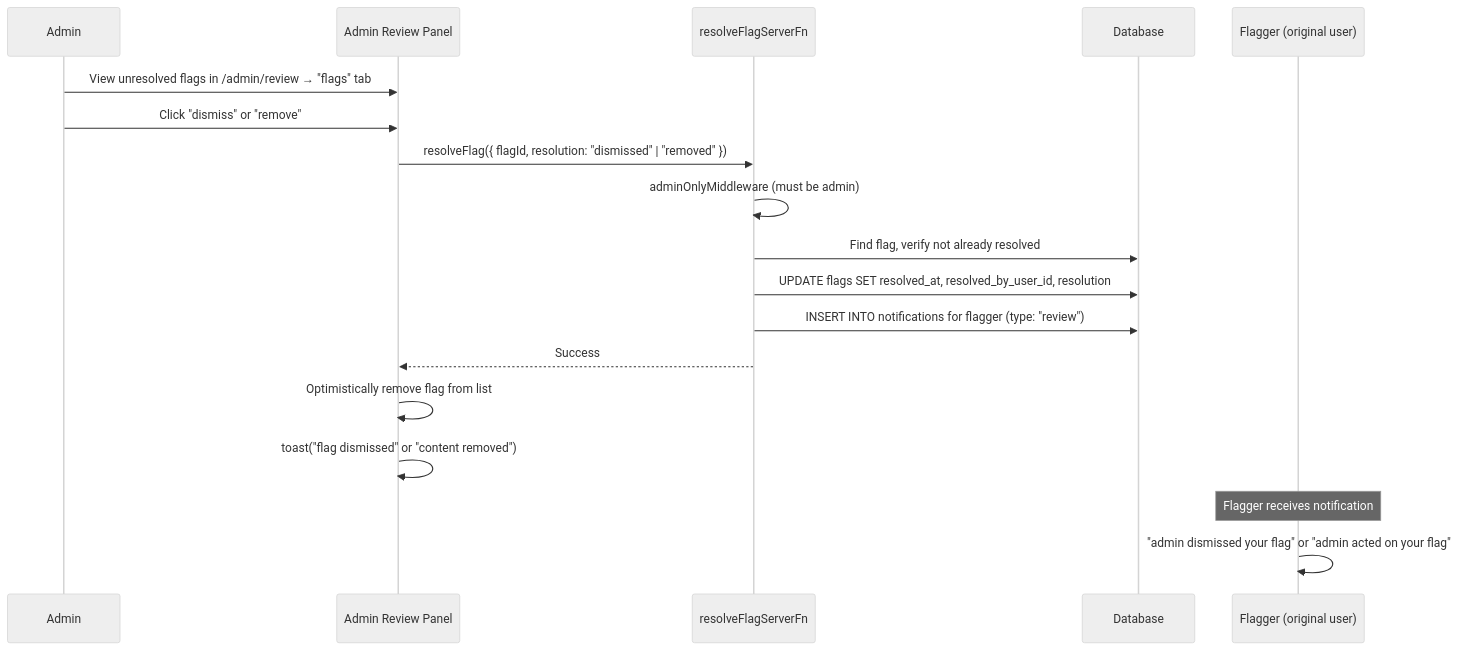
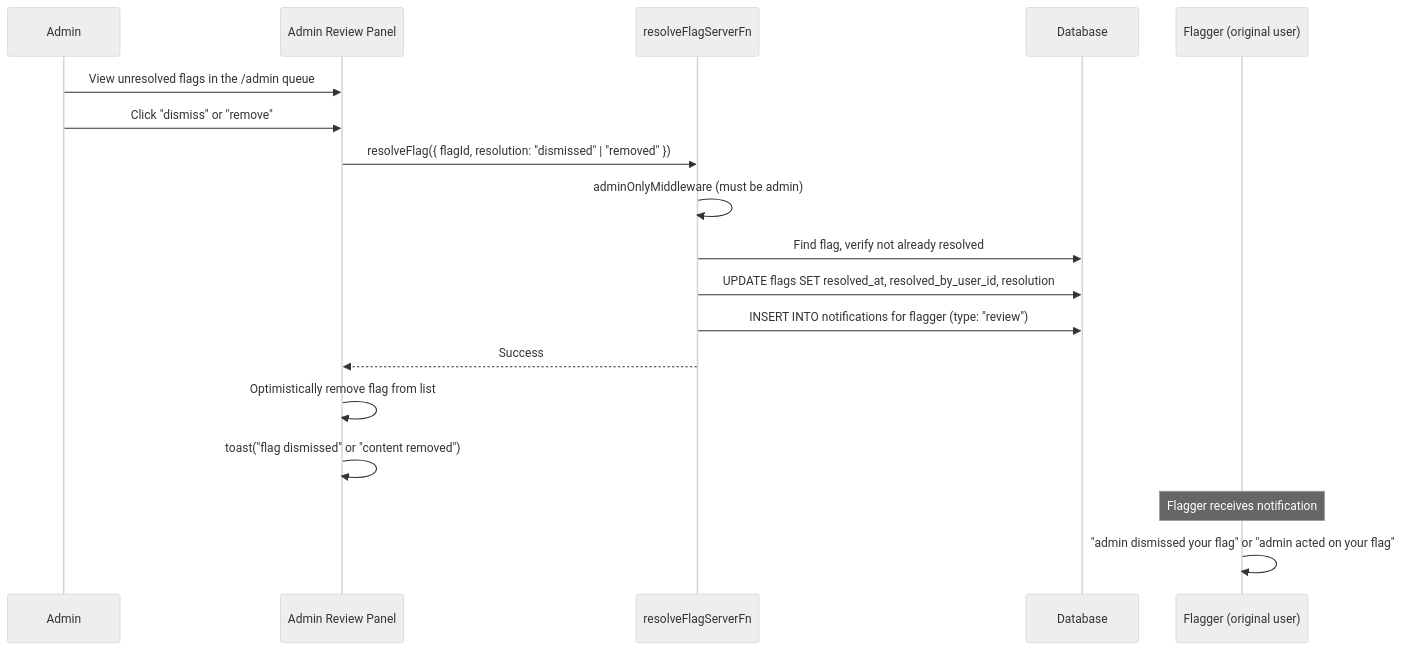
One commit to jrnxf/une.haus changed the second of 2 diagrams in docs/flagging.md. Above: the diagram before and after it, drawn with Mermaid (neutral theme). The commit also changed other lines of this file and 12 other files, not shown here.

First line of the commit message:
feat(admin): show the review queue as one inbox

````diff
--- a/docs/flagging.md
+++ b/docs/flagging.md
@@ -265,25 +265,25 @@
 ```mermaid
 sequenceDiagram
     participant A as Admin
     participant UI as Admin Review Panel
     participant SF as resolveFlagServerFn
     participant DB as Database
     participant F as Flagger (original user)
 
-    A->>UI: View unresolved flags in /admin/review → "flags" tab
+    A->>UI: View unresolved flags in the /admin queue
     A->>UI: Click "dismiss" or "remove"
 
     UI->>SF: resolveFlag({ flagId, resolution: "dismissed" | "removed" })
 
     SF->>SF: adminOnlyMiddleware (must be admin)
     SF->>DB: Find flag, verify not already resolved
     SF->>DB: UPDATE flags SET resolved_at, resolved_by_user_id, resolution
     SF->>DB: INSERT INTO notifications for flagger (type: "review")
     SF-->>UI: Success
 
     UI->>UI: Optimistically remove flag from list
     UI->>UI: toast("flag dismissed" or "content removed")
 
     Note over F: Flagger receives notification
     F->>F: "admin dismissed your flag" or "admin acted on your flag"
 ```
````
